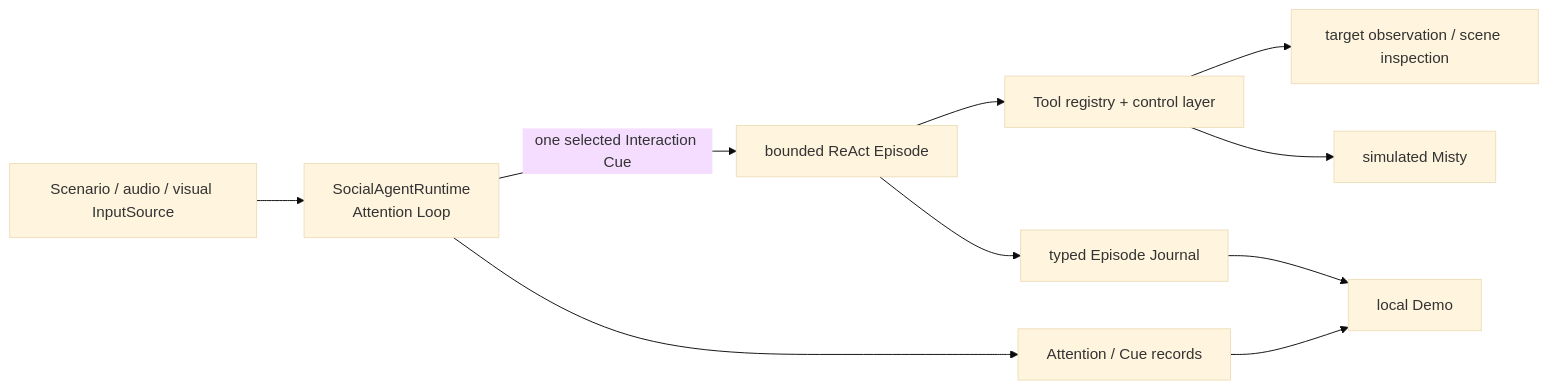
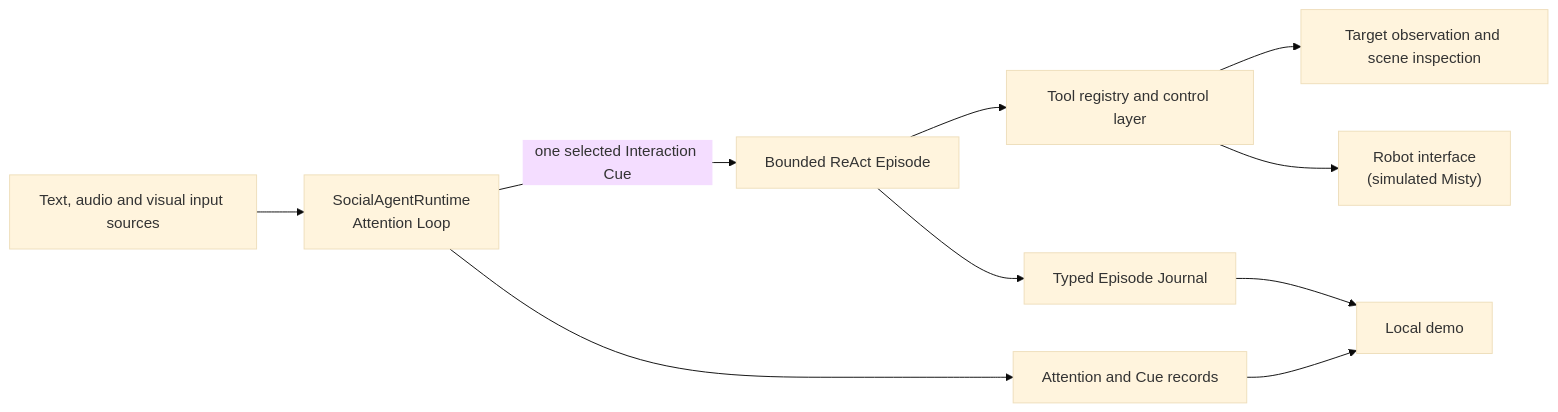
The diagram in README.md (jyp-studio/misty-llm-embodied-agent), drawn with Mermaid (base theme) before and after one commit. The commit also changed other lines of this file and 1 other file, not shown here.

````diff
--- a/README.md
+++ b/README.md
@@ -44,12 +76,12 @@
 ```mermaid
 flowchart LR
-    INPUT["Scenario / audio / visual InputSource"] --> RUNTIME["SocialAgentRuntime<br>Attention Loop"]
-    RUNTIME -->|"one selected Interaction Cue"| EPISODE["bounded ReAct Episode"]
-    EPISODE --> TOOLS["Tool registry + control layer"]
-    TOOLS --> PERCEPTION["target observation / scene inspection"]
-    TOOLS --> SIM["simulated Misty"]
-    EPISODE --> JOURNAL["typed Episode Journal"]
-    RUNTIME --> TRACE["Attention / Cue records"]
-    TRACE --> DEMO["local Demo"]
+    INPUT["Text, audio and visual input sources"] --> RUNTIME["SocialAgentRuntime<br>Attention Loop"]
+    RUNTIME -->|"one selected Interaction Cue"| EPISODE["Bounded ReAct Episode"]
+    EPISODE --> TOOLS["Tool registry and control layer"]
+    TOOLS --> PERCEPTION["Target observation and scene inspection"]
+    TOOLS --> ROBOT["Robot interface<br>(simulated Misty)"]
+    EPISODE --> JOURNAL["Typed Episode Journal"]
+    RUNTIME --> TRACE["Attention and Cue records"]
+    TRACE --> DEMO["Local demo"]
     JOURNAL --> DEMO
 ```
````
